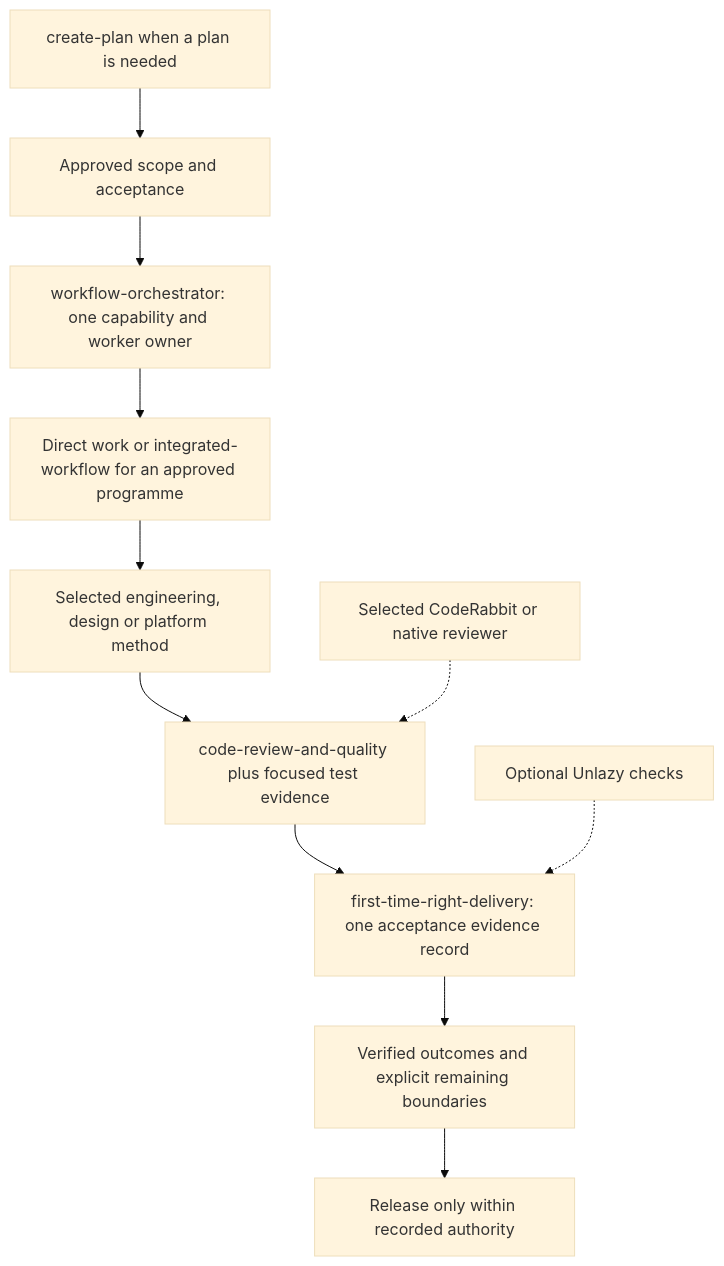
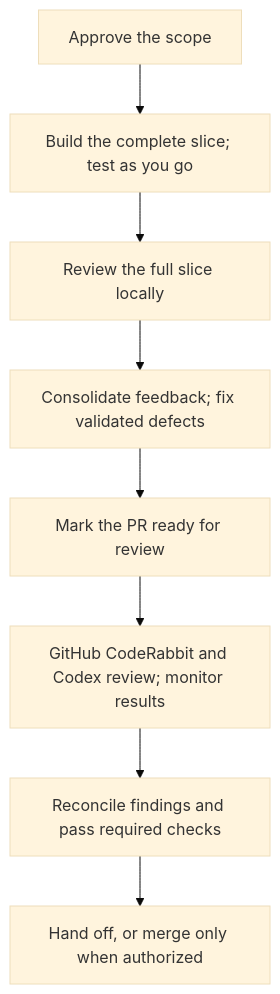
One commit to digitalpilipinas/rogemar-agent-toolkit changed the diagram in README.md. Above: the diagram before and after it, drawn with Mermaid (base theme). The commit also changed other lines of this file and 125 other files, not shown here.

First line of the commit message:
Complete Forge workflow routing and simplify toolkit guidance

````diff
--- a/README.md
+++ b/README.md
@@ -37,13 +113,10 @@
 ```mermaid
 flowchart TD
-    plan["create-plan when a plan is needed"] --> approved["Approved scope and acceptance"]
-    approved --> router["workflow-orchestrator: one capability and worker owner"]
-    router --> execute["Direct work or integrated-workflow for an approved programme"]
-    execute --> method["Selected engineering, design or platform method"]
-    method --> review["code-review-and-quality plus focused test evidence"]
-    review --> gates["first-time-right-delivery: one acceptance evidence record"]
-    unlazy["Optional Unlazy checks"] -.-> gates
-    providers["Selected CodeRabbit or native reviewer"] -.-> review
-    gates --> report["Verified outcomes and explicit remaining boundaries"]
-    report --> release["Release only within recorded authority"]
+    plan["Approve the scope"] --> build["Build the complete slice; test as you go"]
+    build --> local["Review the full slice locally"]
+    local --> fixes["Consolidate feedback; fix validated defects"]
+    fixes --> ready["Mark the PR ready for review"]
+    ready --> cloud["GitHub CodeRabbit and Codex review; monitor results"]
+    cloud --> finish["Reconcile findings and pass required checks"]
+    finish --> handoff["Hand off, or merge only when authorized"]
 ```
````
